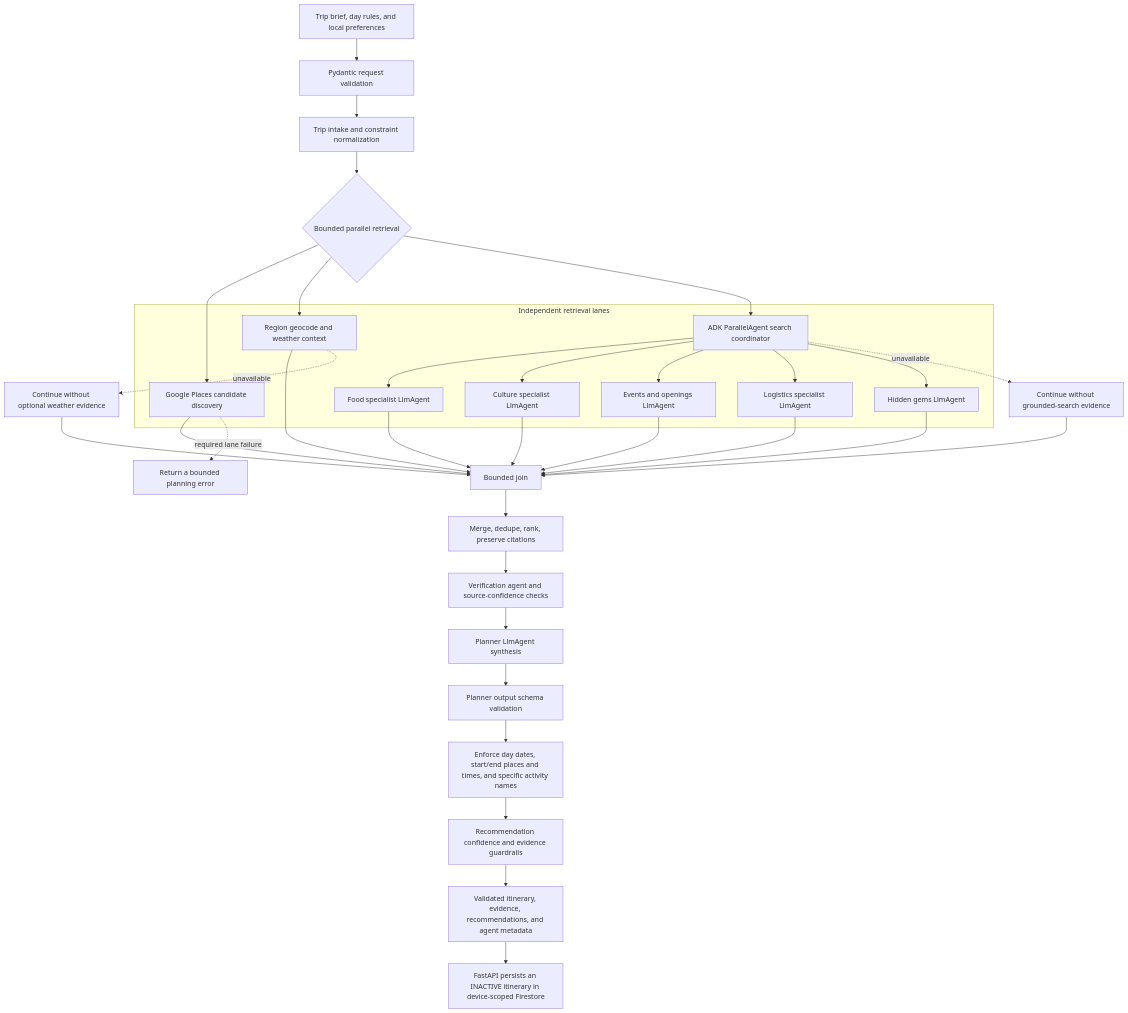
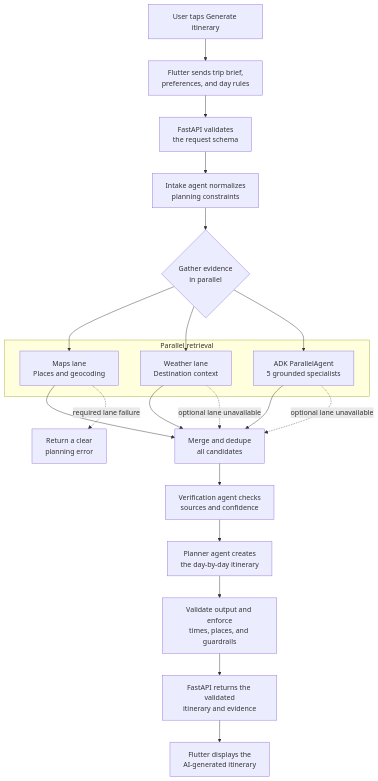
One commit to Tyruxx/wanderlust-project changed the second of 2 diagrams in README.md. Above: the diagram before and after it, drawn with Mermaid. The commit also changed other lines of this file, not shown here.

Commit message:
docs: clarify itinerary generation workflow

````diff
--- a/README.md
+++ b/README.md
@@ -118,47 +118,31 @@
 ```mermaid
 flowchart TD
-    Request[Trip brief, day rules, and local preferences] --> RequestSchema[Pydantic request validation]
-    RequestSchema --> Intake[Trip intake and constraint normalization]
+    Click["User taps Generate itinerary"] --> Submit["Flutter sends trip brief,<br/>preferences, and day rules"]
+    Submit --> Validate["FastAPI validates<br/>the request schema"]
+    Validate --> Intake["Intake agent normalizes<br/>planning constraints"]
+    Intake --> FanOut{"Gather evidence<br/>in parallel"}
 
-    Intake --> FanOut{Bounded parallel retrieval}
-
-    subgraph RetrievalLanes[Independent retrieval lanes]
-        MapsLane[Google Places candidate discovery]
-        WeatherLane[Region geocode and weather context]
-        SearchCoordinator[ADK ParallelAgent search coordinator]
-
-        SearchCoordinator --> Food[Food specialist LlmAgent]
-        SearchCoordinator --> Culture[Culture specialist LlmAgent]
-        SearchCoordinator --> Events[Events and openings LlmAgent]
-        SearchCoordinator --> Logistics[Logistics specialist LlmAgent]
-        SearchCoordinator --> Gems[Hidden gems LlmAgent]
+    subgraph Retrieval[Parallel retrieval]
+        Maps["Maps lane<br/>Places and geocoding"]
+        Weather["Weather lane<br/>Destination context"]
+        Search["ADK ParallelAgent<br/>5 grounded specialists"]
     end
 
-    FanOut --> MapsLane
-    FanOut --> WeatherLane
-    FanOut --> SearchCoordinator
+    FanOut --> Maps
+    FanOut --> Weather
+    FanOut --> Search
 
-    MapsLane --> Join[Bounded join]
-    WeatherLane --> Join
-    Food --> Join
-    Culture --> Join
-    Events --> Join
-    Logistics --> Join
-    Gems --> Join
+    Maps --> Merge["Merge and dedupe<br/>all candidates"]
+    Weather --> Merge
+    Search --> Merge
 
-    WeatherLane -. unavailable .-> Degraded[Continue without optional weather evidence]
-    SearchCoordinator -. unavailable .-> DegradedSearch[Continue without grounded-search evidence]
-    MapsLane -. required lane failure .-> PlanningError[Return a bounded planning error]
+    Weather -. optional lane unavailable .-> Merge
+    Search -. optional lane unavailable .-> Merge
+    Maps -. required lane failure .-> Error["Return a clear<br/>planning error"]
 
-    Degraded --> Join
-    DegradedSearch --> Join
-    Join --> Evidence[Merge, dedupe, rank, preserve citations]
-    Evidence --> Verification[Verification agent and source-confidence checks]
-
-    Verification --> Planner[Planner LlmAgent synthesis]
-    Planner --> OutputSchema[Planner output schema validation]
-    OutputSchema --> Rules[Enforce day dates, start/end places and times, and specific activity names]
-    Rules --> RecommendationGate[Recommendation confidence and evidence guardrails]
-    RecommendationGate --> Result[Validated itinerary, evidence, recommendations, and agent metadata]
-    Result --> Persist[FastAPI persists an INACTIVE itinerary in device-scoped Firestore]
+    Merge --> Verify["Verification agent checks<br/>sources and confidence"]
+    Verify --> Plan["Planner agent creates<br/>the day-by-day itinerary"]
+    Plan --> Guard["Validate output and enforce<br/>times, places, and guardrails"]
+    Guard --> Response["FastAPI returns the validated<br/>itinerary and evidence"]
+    Response --> Display["Flutter displays the<br/>AI-generated itinerary"]
 ```
````
